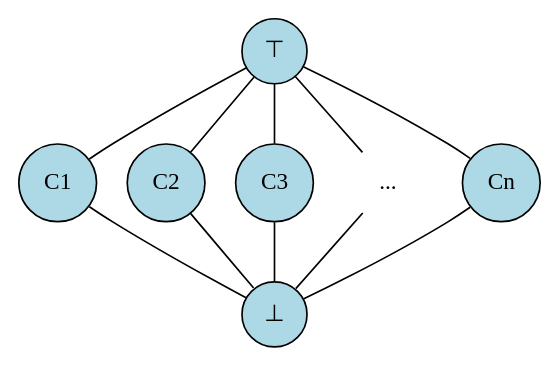
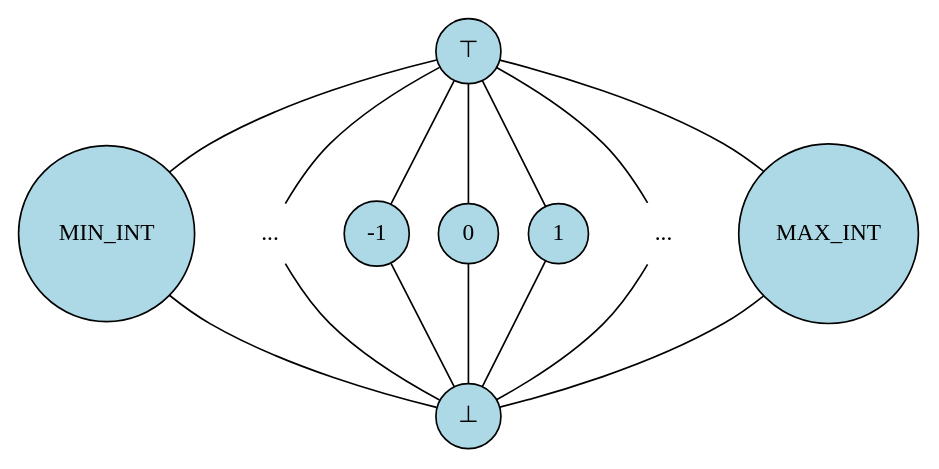
One commit to SeaOfNodes/Simple changed the diagram in chapter02/docs/02-lattice.gv. Above: the diagram before and after it, drawn with Graphviz. The commit also changed other lines of this file and 12 other files, not shown here.

```diff
--- a/chapter02/docs/02-lattice.gv
+++ b/chapter02/docs/02-lattice.gv
@@ -1,28 +1,35 @@
 digraph Lattice {
     // Define nodes
     node [shape=circle, style=filled, fillcolor=lightblue];
     Top [label="⊤"];
     Bottom [label="⊥"];
-    A [label="C1"];
-    C [label="C2"];
-    D [label="C3"];
-    E [label="..." shape=none style=none];
-    F [label="Cn"];
+    
+    A [label="MIN_INT"];
+    B [label="..." shape=none style=none];
+    C [label="-1"];
+    D [label="0"];
+    E [label="1"];
+    F [label="..." shape=none style=none];
+    G [label="MAX_INT"];
 
 
     // Define edges
     Top -> A [arrowhead=none];
+    Top -> B [arrowhead=none];
     Top -> C [arrowhead=none];
     Top -> D [arrowhead=none];
     Top -> E [arrowhead=none];
     Top -> F [arrowhead=none];
+    Top -> G [arrowhead=none];
     A -> Bottom [arrowhead=none];
+    B -> Bottom [arrowhead=none];
     C -> Bottom [arrowhead=none];
     D -> Bottom [arrowhead=none];
     E -> Bottom [arrowhead=none];
     F -> Bottom [arrowhead=none];
+    G -> Bottom [arrowhead=none];
 
     // Additional customization
-    {rank=same; A; C; D; E;}
+    {rank=same; A; B; C; D; E; F; G; }
     {rank=same; Bottom;}
 }
```
